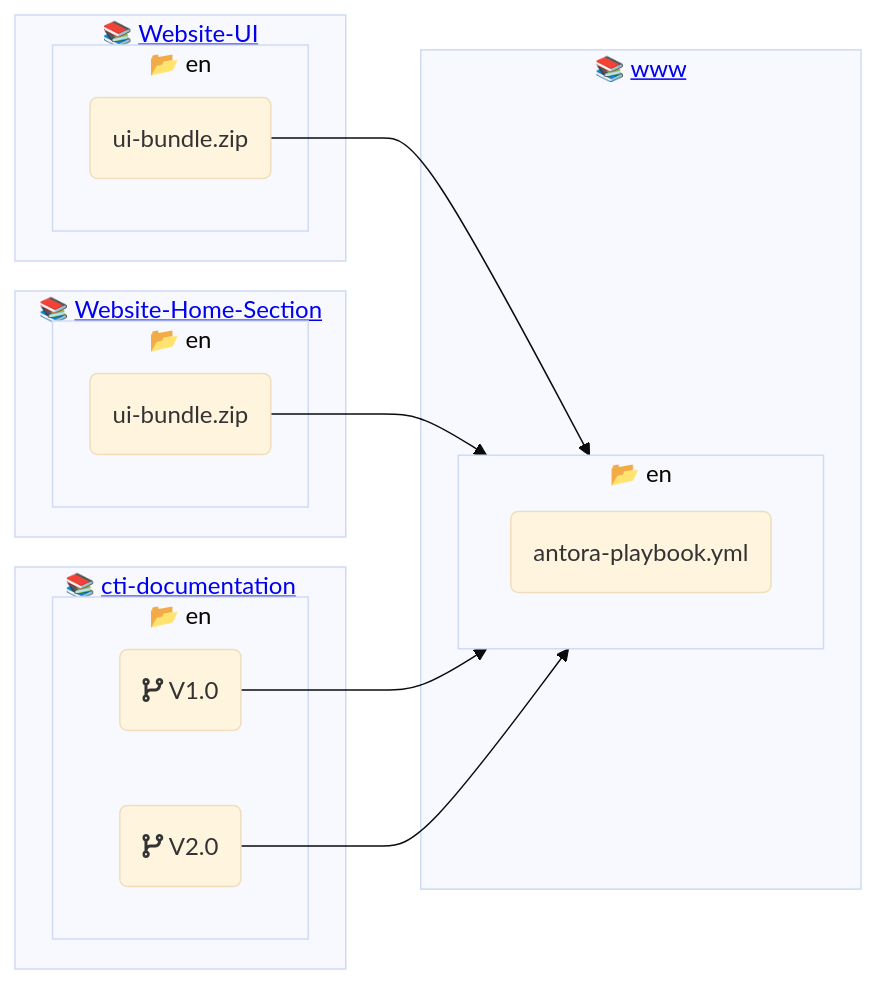
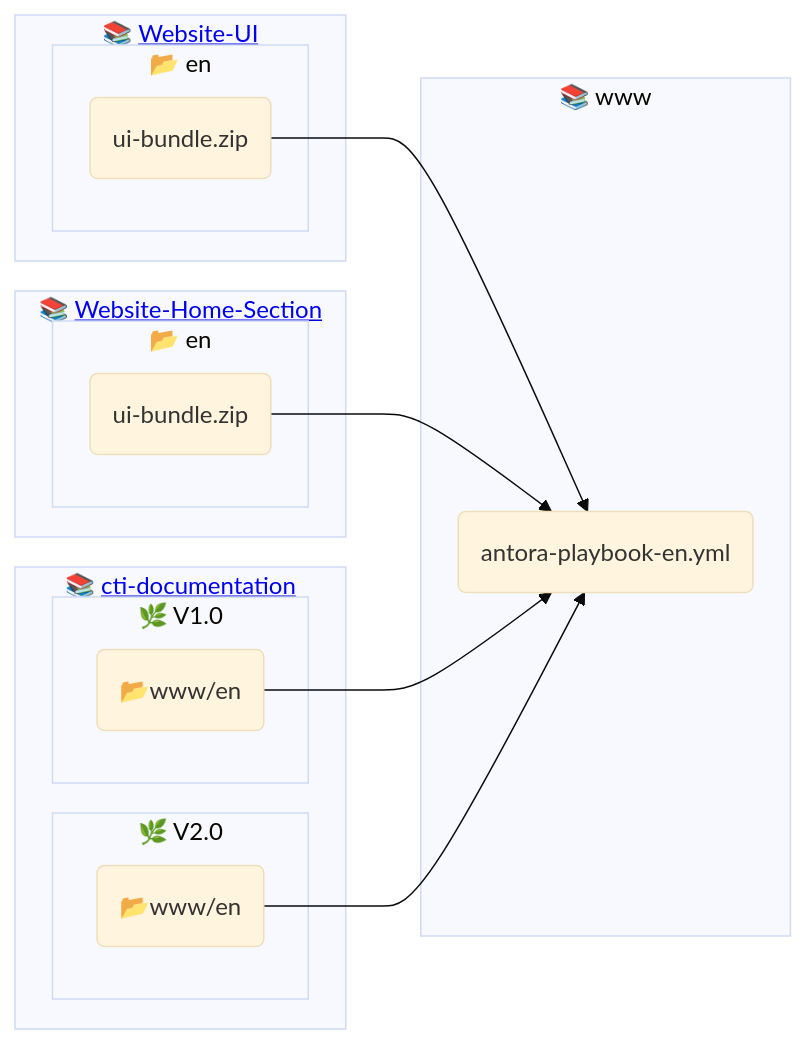
Before and after one commit to j-medland/www: the diagram in README.md, drawn with Mermaid (base theme). The commit also changed other lines of this file, not shown here.

Commit message:
Updated structure

````diff
--- a/README.md
+++ b/README.md
@@ -4,24 +10,24 @@
 ```mermaid
 flowchart LR
-    subgraph www["📚 <a href='https://github.com/LabVIEWCommunityTraining/www'>www</a>"]
-        subgraph en-www["📂 en"]
-            en-antora-playbook(antora-playbook.yml)
-        end
+    subgraph www["📚 www"]
+        en-antora-playbook(antora-playbook-en.yml)
     end
     subgraph website-ui["📚 <a href='https://github.com/LabVIEWCommunityTraining/website-ui'>Website-UI</a>"]
         subgraph en-ui["📂 en"]
-            en-ui-bundle(ui-bundle.zip)-->en-www
+            en-ui-bundle(ui-bundle.zip)-->en-antora-playbook
         end
     end
     subgraph website-home["📚 <a href='https://github.com/LabVIEWCommunityTraining/website-home-section'>Website-Home-Section</a>"]
         subgraph en-hs["📂 en"]
-            en-hs-content(ui-bundle.zip)-->en-www
+            en-hs-content(ui-bundle.zip)-->en-antora-playbook
         end
         end
     subgraph cti-docs["📚 <a href='https://github.com/LabVIEWCommunityTraining/cti-documentation'>cti-documentation</a>"]
-        subgraph en-doc["📂 en"]
-            en-conv1(<i class="fas fa-code-branch"></i> V1.0)-->en-www
-            en-conv2(<i class="fas fa-code-branch"></i> V2.0)-->en-www
+        subgraph v1["🌿 V1.0"]
+            en-conv1(📂www/en)-->en-antora-playbook
+        end
+        subgraph v2["🌿 V2.0"]
+            en-conv2(📂www/en)-->en-antora-playbook
         end
     end
 ```
````
